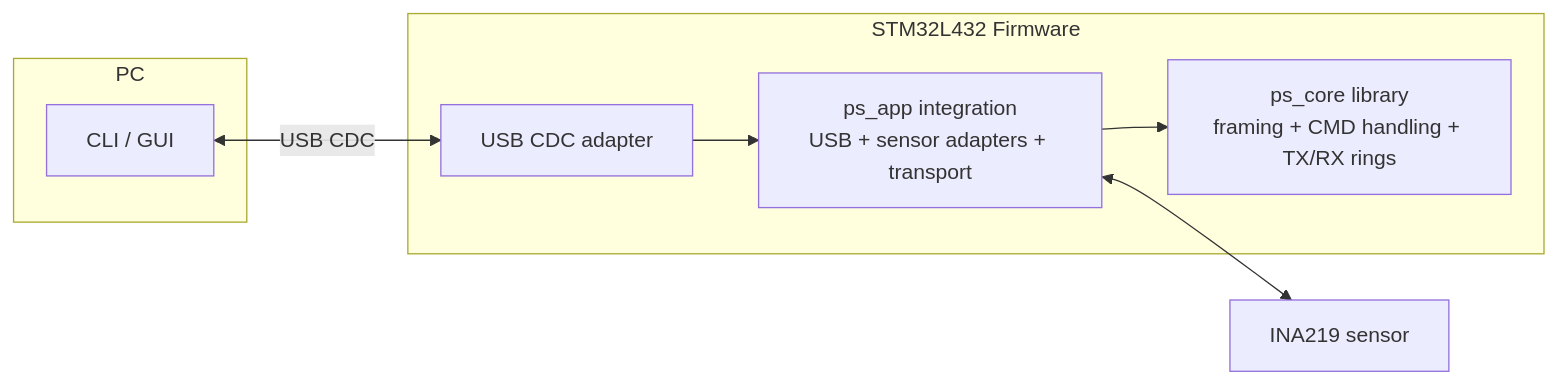
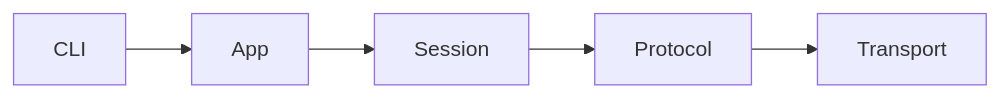
Before and after one commit to brahimab8/stm32-power-scope: the first of 4 diagrams in docs/architecture.md, drawn with Mermaid. The commit also changed other lines of this file and 3 other files, not shown here.

Commit message:
docs: add protocol and debug guide; update architecture and USB-CDC bring-up

````diff
--- a/docs/architecture.md
+++ b/docs/architecture.md
@@ -12,19 +27,10 @@
 ```mermaid
 flowchart LR
-  subgraph HOST[PC]
-    CLI[CLI / GUI]
-  end
+  CLI[CLI]
+  APP[App]
+  SESSION[Session]
+  PROTO[Protocol]
+  TRANSPORT[Transport]
 
-  subgraph DEV[STM32L432 Firmware]
-    CORE[ps_core library<br>framing + CMD handling + TX/RX rings]
-    APP[ps_app integration<br>USB + sensor adapters + transport]
-    CDC[USB CDC adapter]
-  end
-
-  INA[INA219 sensor]
-
-  CLI <-->|USB CDC| CDC
-  CDC --> APP
-  APP --> CORE
-  APP <--> INA
+  CLI --> APP --> SESSION --> PROTO --> TRANSPORT
 ```
````
